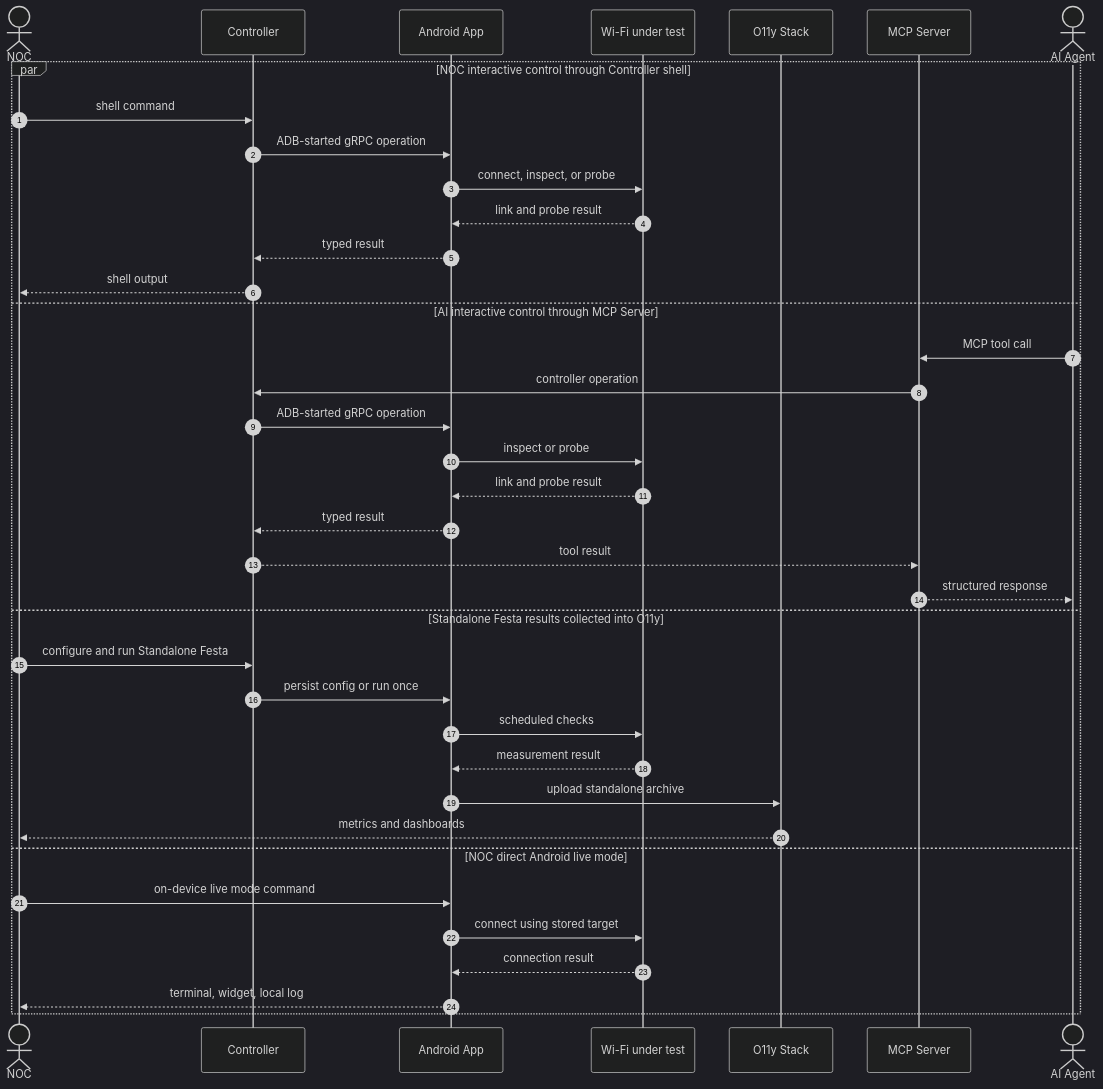
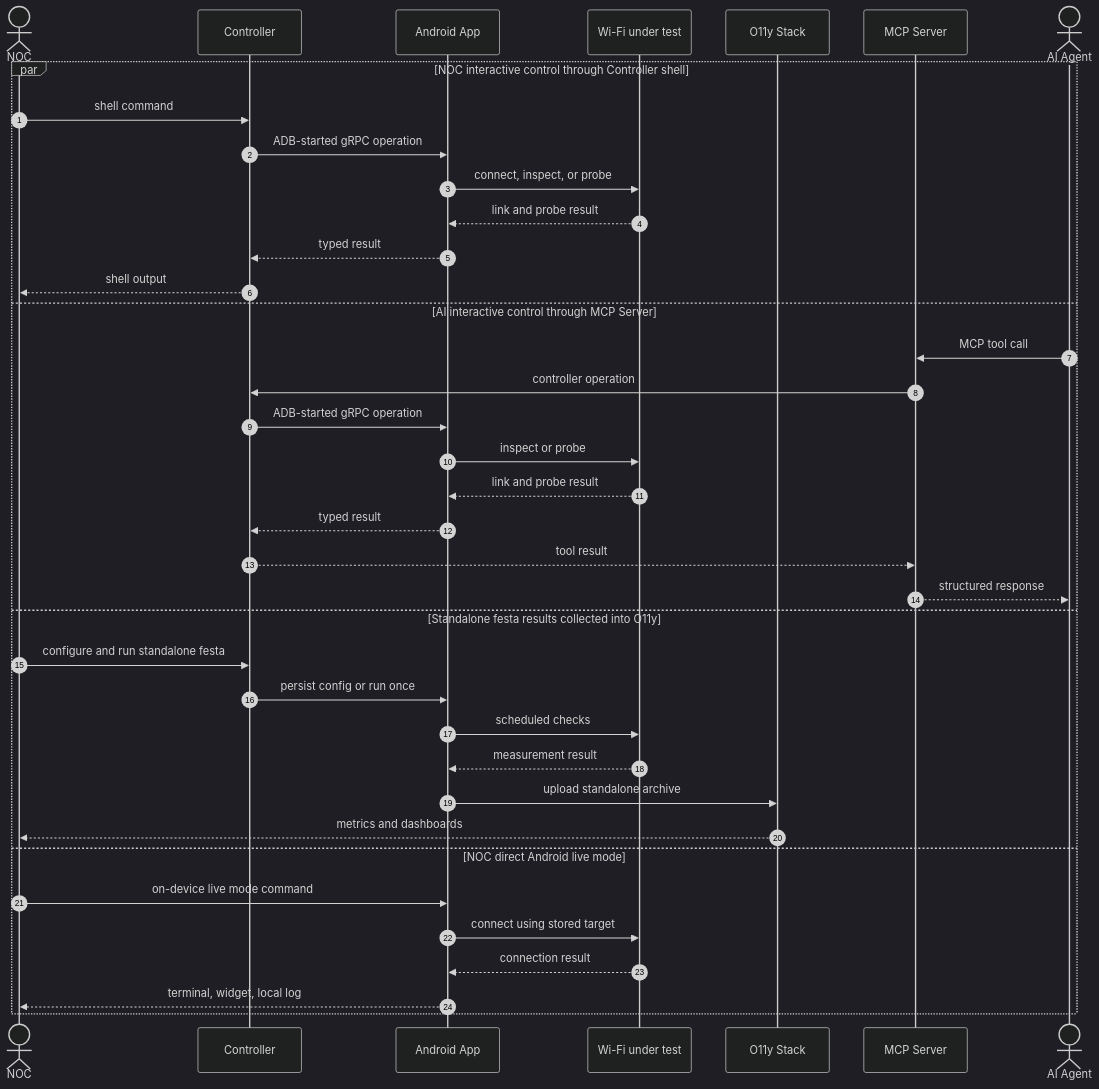
Before and after one commit to mi2428/dropcheck-agent: the diagram in README.md, drawn with Mermaid (dark theme). The commit also changed other lines of this file and 2 other files, not shown here.

Commit message:
docs: refresh controller workflow docs

````diff
--- a/README.md
+++ b/README.md
@@ -14,41 +14,41 @@
 ```mermaid
 sequenceDiagram
   autonumber
   actor NOC as NOC
   participant Controller as Controller
   participant App as Android App
   participant WiFi as Wi-Fi under test
   participant O11y as O11y Stack
   participant MCP as MCP Server
   actor AI as AI Agent
 
   par NOC interactive control through Controller shell
     NOC->>Controller: shell command
     Controller->>App: ADB-started gRPC operation
     App->>WiFi: connect, inspect, or probe
     WiFi-->>App: link and probe result
     App-->>Controller: typed result
     Controller-->>NOC: shell output
   and AI interactive control through MCP Server
     AI->>MCP: MCP tool call
     MCP->>Controller: controller operation
     Controller->>App: ADB-started gRPC operation
     App->>WiFi: inspect or probe
     WiFi-->>App: link and probe result
     App-->>Controller: typed result
     Controller-->>MCP: tool result
     MCP-->>AI: structured response
-  and Standalone Festa results collected into O11y
-    NOC->>Controller: configure and run Standalone Festa
+  and Standalone festa results collected into O11y
+    NOC->>Controller: configure and run standalone festa
     Controller->>App: persist config or run once
     App->>WiFi: scheduled checks
     WiFi-->>App: measurement result
     App->>O11y: upload standalone archive
     O11y-->>NOC: metrics and dashboards
   and NOC direct Android live mode
     NOC->>App: on-device live mode command
     App->>WiFi: connect using stored target
     WiFi-->>App: connection result
     App-->>NOC: terminal, widget, local log
   end
 ```
````
